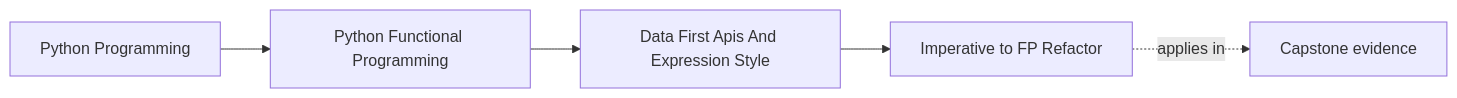
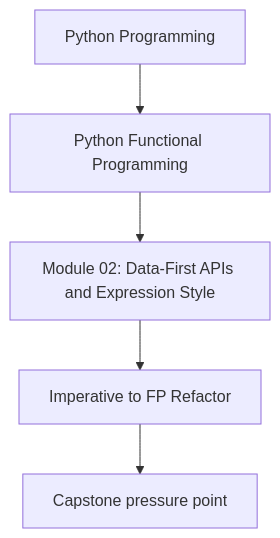
The first of 2 diagrams in programs/python-programming/python-functional-programming/course-book/module-02-data-first-apis-and-expression-style/imperative-to-fp-refactor.md (bijux/bijux-masterclass), drawn with Mermaid before and after one commit. The commit also changed other lines of this file and 118 other files, not shown here.

Commit message:
docs(python-functional-programming): align concept page diagrams

````diff
--- a/programs/python-programming/python-functional-programming/course-book/module-02-data-first-apis-and-expression-style/imperative-to-fp-refactor.md
+++ b/programs/python-programming/python-functional-programming/course-book/module-02-data-first-apis-and-expression-style/imperative-to-fp-refactor.md
@@ -7,11 +7,7 @@
 ```mermaid
-graph LR
-  family["Python Programming"]
-  program["Python Functional Programming"]
-  section["Data First Apis And Expression Style"]
-  page["Imperative to FP Refactor"]
-  capstone["Capstone evidence"]
-
-  family --> program --> section --> page
-  page -.applies in.-> capstone
+flowchart TD
+  family["Python Programming"] --> program["Python Functional Programming"]
+  program --> module["Module 02: Data-First APIs and Expression Style"]
+  module --> concept["Imperative to FP Refactor"]
+  concept --> capstone["Capstone pressure point"]
 ```
````
